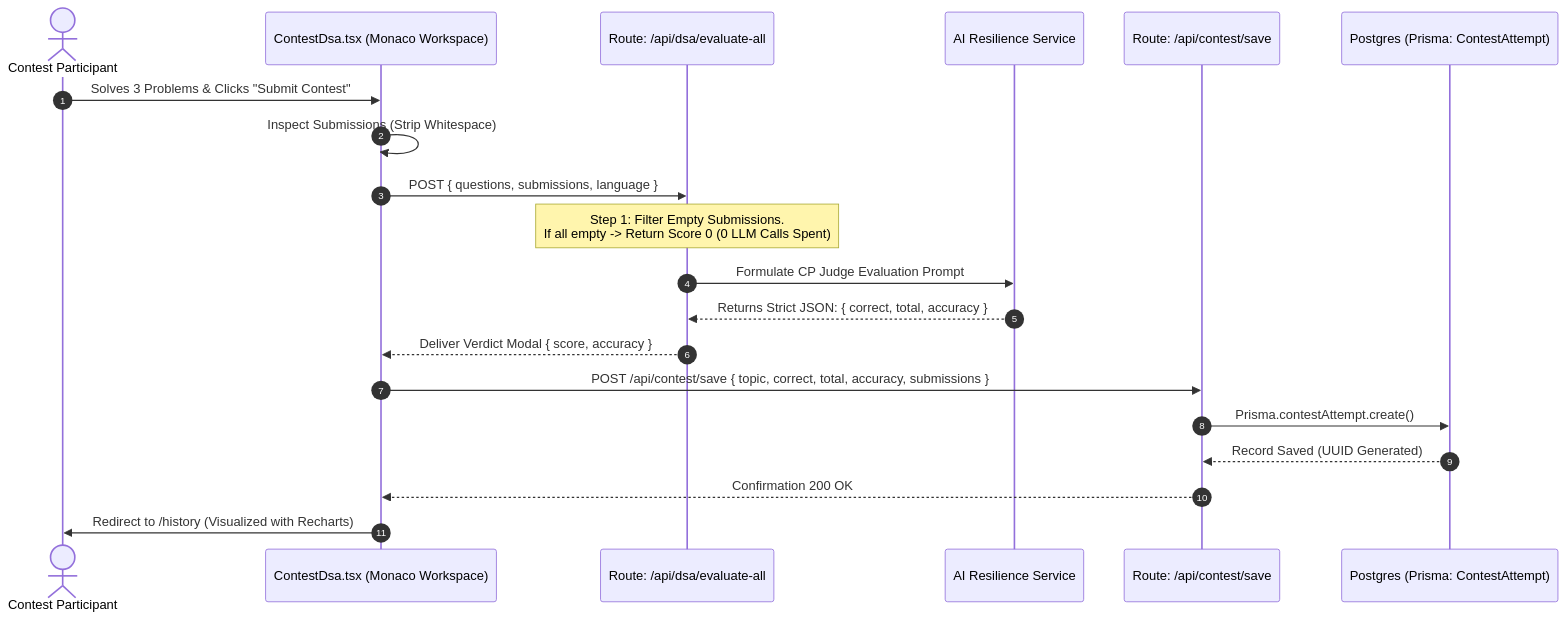
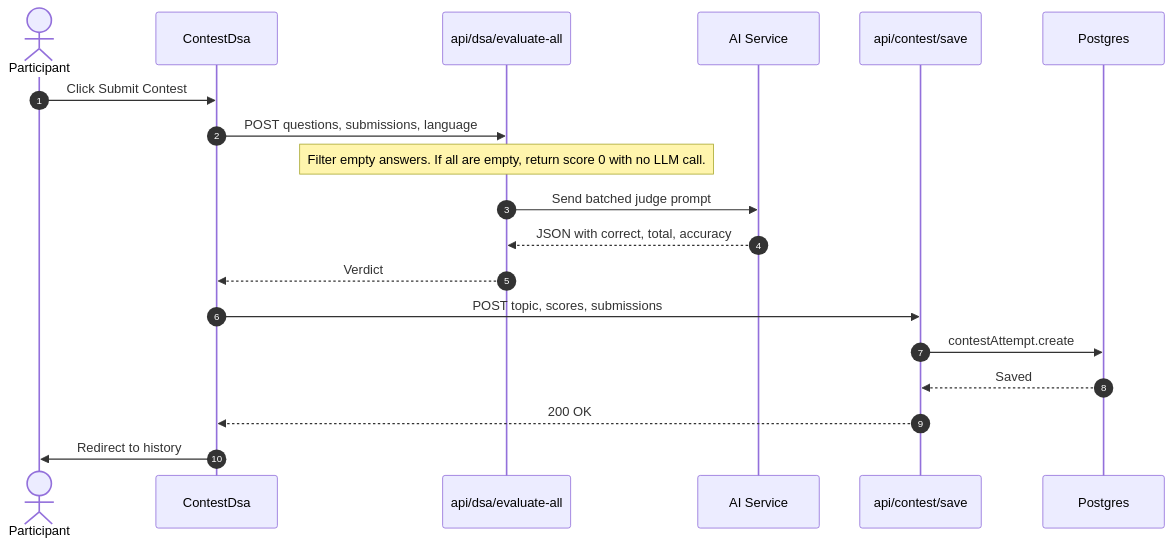
The seventh of 19 diagrams in README.md (DevSars24/codeify), drawn with Mermaid before and after one commit. The commit also changed other lines of this file, not shown here.

````diff
--- a/README.md
+++ b/README.md
@@ -361,23 +299,22 @@
 ```mermaid
 sequenceDiagram
     autonumber
-    actor Candidate as Contest Participant
-    participant UI as ContestDsa.tsx (Monaco Workspace)
-    participant EvalAPI as Route: /api/dsa/evaluate-all
-    participant AIService as AI Resilience Service
-    participant SaveAPI as Route: /api/contest/save
-    participant DB as Postgres (Prisma: ContestAttempt)
+    actor Candidate as Participant
+    participant UI as ContestDsa
+    participant Eval as api/dsa/evaluate-all
+    participant AI as AI Service
+    participant Save as api/contest/save
+    participant DB as Postgres
 
-    Candidate->>UI: Solves 3 Problems & Clicks "Submit Contest"
-    UI->>UI: Inspect Submissions (Strip Whitespace)
-    UI->>EvalAPI: POST { questions, submissions, language }
-    Note over EvalAPI: Step 1: Filter Empty Submissions.<br/>If all empty -> Return Score 0 (0 LLM Calls Spent)
-    EvalAPI->>AIService: Formulate CP Judge Evaluation Prompt
-    AIService-->>EvalAPI: Returns Strict JSON: { correct, total, accuracy }
-    EvalAPI-->>UI: Deliver Verdict Modal { score, accuracy }
-    UI->>SaveAPI: POST /api/contest/save { topic, correct, total, accuracy, submissions }
-    SaveAPI->>DB: Prisma.contestAttempt.create()
-    DB-->>SaveAPI: Record Saved (UUID Generated)
-    SaveAPI-->>UI: Confirmation 200 OK
-    UI->>Candidate: Redirect to /history (Visualized with Recharts)
+    Candidate->>UI: Click Submit Contest
+    UI->>Eval: POST questions, submissions, language
+    Note over Eval: Filter empty answers. If all are empty, return score 0 with no LLM call.
+    Eval->>AI: Send batched judge prompt
+    AI-->>Eval: JSON with correct, total, accuracy
+    Eval-->>UI: Verdict
+    UI->>Save: POST topic, scores, submissions
+    Save->>DB: contestAttempt.create
+    DB-->>Save: Saved
+    Save-->>UI: 200 OK
+    UI->>Candidate: Redirect to history
 ```
````
